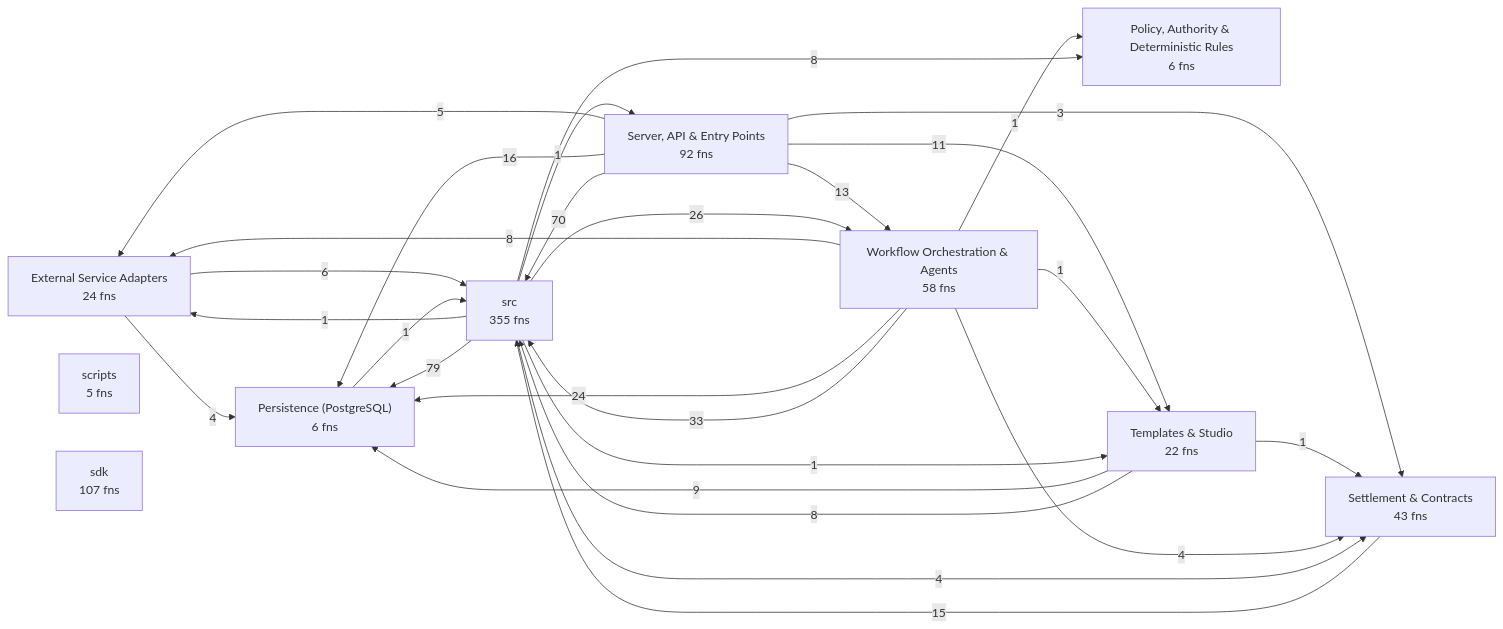
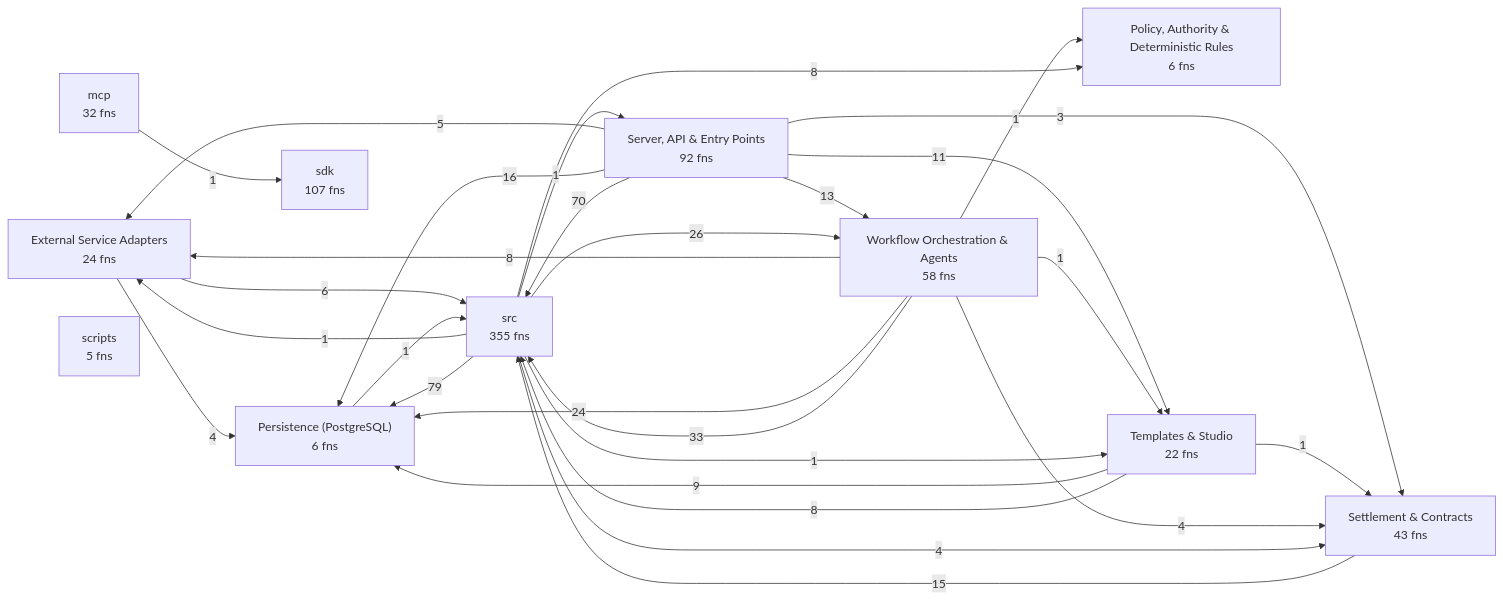
The first of 11 diagrams in docs/CODEBASE_MAP.md (Jaydearcadian/bind), drawn with Mermaid before and after one commit. The commit also changed other lines of this file and 15 other files, not shown here.

````diff
--- a/docs/CODEBASE_MAP.md
+++ b/docs/CODEBASE_MAP.md
@@ -12,39 +12,41 @@
 ```mermaid
 flowchart LR
   L0["External Service Adapters<br/>24 fns"]
   L1["Persistence (PostgreSQL)<br/>6 fns"]
   L2["Policy, Authority & Deterministic Rules<br/>6 fns"]
   L3["Server, API & Entry Points<br/>92 fns"]
   L4["Settlement & Contracts<br/>43 fns"]
   L5["Templates & Studio<br/>22 fns"]
   L6["Workflow Orchestration & Agents<br/>58 fns"]
-  L7["scripts<br/>5 fns"]
-  L8["sdk<br/>107 fns"]
-  L9["src<br/>355 fns"]
+  L7["mcp<br/>32 fns"]
+  L8["scripts<br/>5 fns"]
+  L9["sdk<br/>107 fns"]
+  L10["src<br/>355 fns"]
   L0 -->|4| L1
-  L0 -->|6| L9
-  L1 -->|1| L9
+  L0 -->|6| L10
+  L1 -->|1| L10
   L3 -->|5| L0
   L3 -->|16| L1
   L3 -->|3| L4
   L3 -->|11| L5
   L3 -->|13| L6
-  L3 -->|70| L9
-  L4 -->|15| L9
+  L3 -->|70| L10
+  L4 -->|15| L10
   L5 -->|9| L1
   L5 -->|1| L4
-  L5 -->|8| L9
+  L5 -->|8| L10
   L6 -->|8| L0
   L6 -->|24| L1
   L6 -->|1| L2
   L6 -->|4| L4
   L6 -->|1| L5
-  L6 -->|33| L9
-  L9 -->|1| L0
-  L9 -->|79| L1
-  L9 -->|8| L2
-  L9 -->|1| L3
-  L9 -->|4| L4
-  L9 -->|1| L5
-  L9 -->|26| L6
+  L6 -->|33| L10
+  L7 -->|1| L9
+  L10 -->|1| L0
+  L10 -->|79| L1
+  L10 -->|8| L2
+  L10 -->|1| L3
+  L10 -->|4| L4
+  L10 -->|1| L5
+  L10 -->|26| L6
 ```
````
